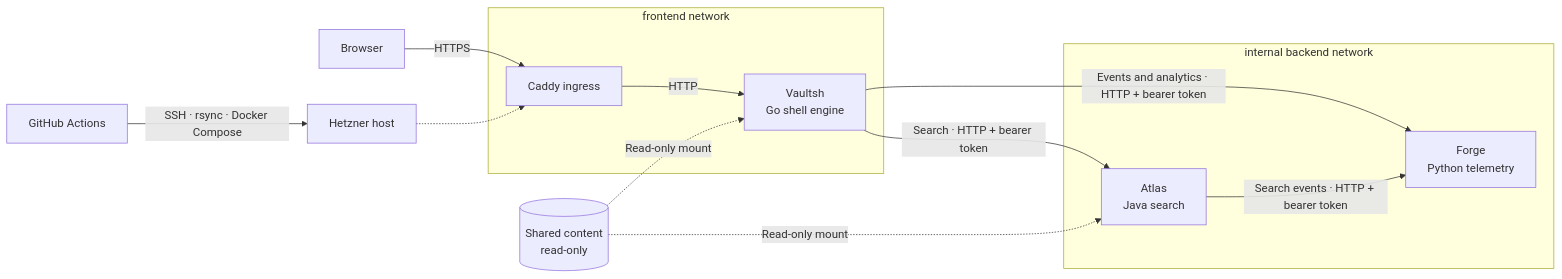
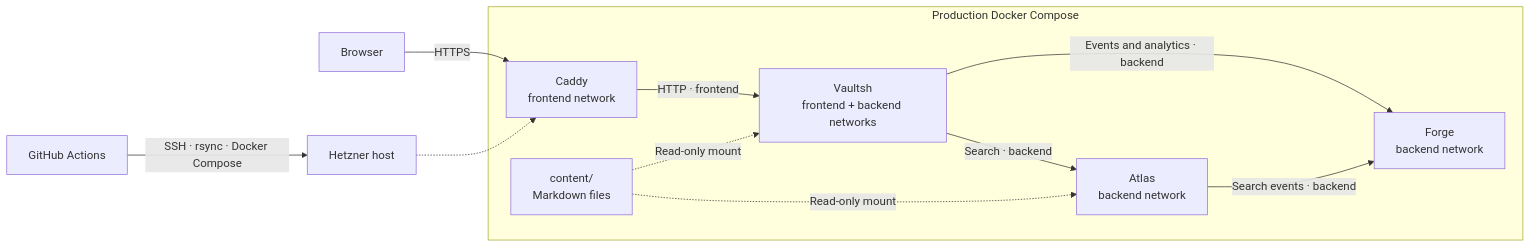
One commit to mateoRc/lab changed the diagram in README.md. Above: the diagram before and after it, drawn with Mermaid. The commit also changed other lines of this file and 12 other files, not shown here.

````diff
--- a/README.md
+++ b/README.md
@@ -12,25 +12,22 @@
 ```mermaid
 flowchart LR
     User[Browser] -->|HTTPS| Caddy
 
-    subgraph Frontend["frontend network"]
-        Caddy[Caddy ingress]
-        Vaultsh[Vaultsh<br/>Go shell engine]
-        Caddy -->|HTTP| Vaultsh
+    subgraph Compose["Production Docker Compose"]
+        Caddy[Caddy<br/>frontend network]
+        Vaultsh[Vaultsh<br/>frontend + backend networks]
+        Atlas[Atlas<br/>backend network]
+        Forge[Forge<br/>backend network]
+        Content[content/<br/>Markdown files]
+
+        Caddy -->|HTTP · frontend| Vaultsh
+        Vaultsh -->|Search · backend| Atlas
+        Vaultsh -->|Events and analytics · backend| Forge
+        Atlas -->|Search events · backend| Forge
+        Content -.->|Read-only mount| Vaultsh
+        Content -.->|Read-only mount| Atlas
     end
-
-    subgraph Backend["internal backend network"]
-        Atlas[Atlas<br/>Java search]
-        Forge[Forge<br/>Python telemetry]
-    end
-
-    Content[(Shared content<br/>read-only)] -.->|Read-only mount| Vaultsh
-    Content -.->|Read-only mount| Atlas
-
-    Vaultsh -->|Search · HTTP + bearer token| Atlas
-    Vaultsh -->|Events and analytics · HTTP + bearer token| Forge
-    Atlas -->|Search events · HTTP + bearer token| Forge
 
     Actions[GitHub Actions] -->|SSH · rsync · Docker Compose| Host[Hetzner host]
     Host -.-> Caddy
 ```
````
